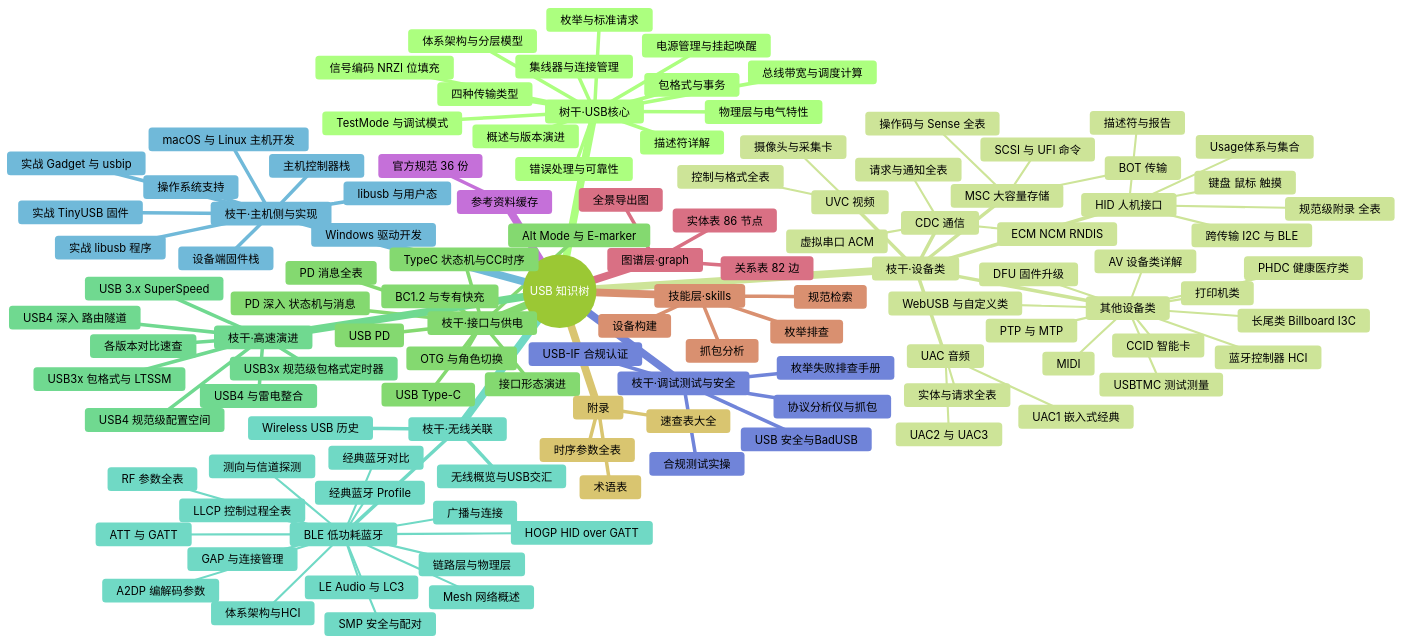
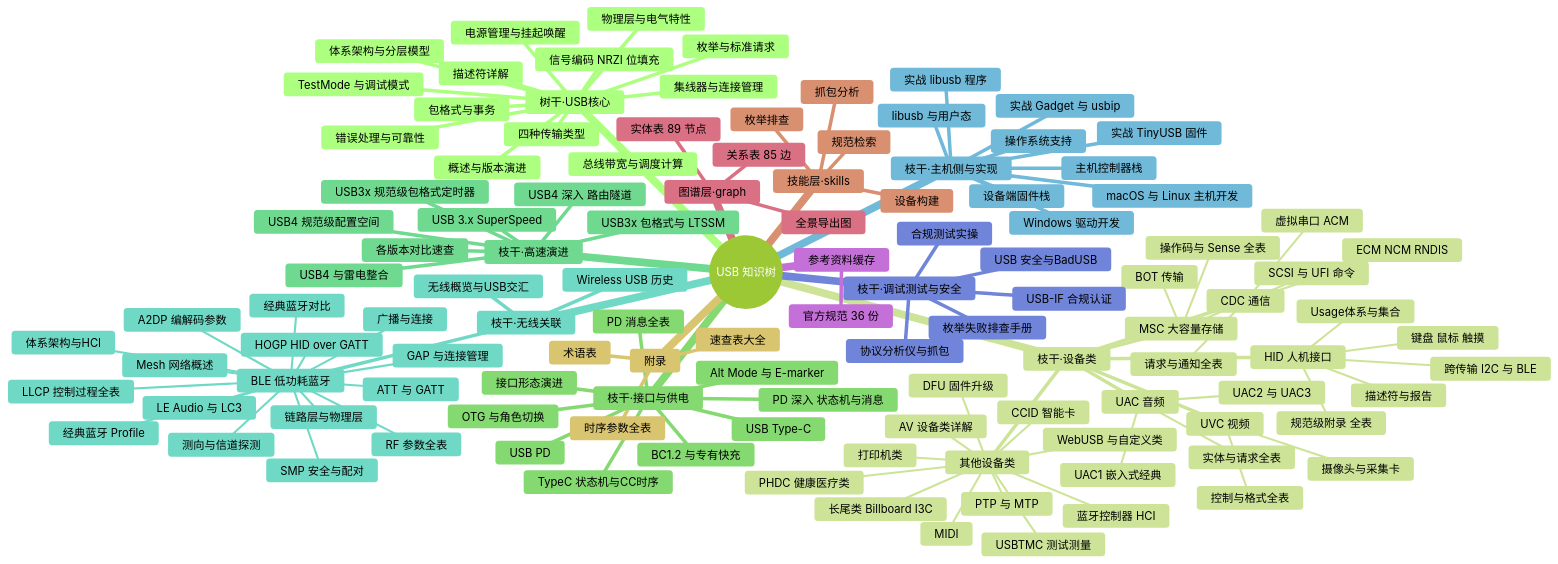
The first of 2 diagrams in 00-知识树总图.md (tangjianfang/USBTree), drawn with Mermaid (forest theme) before and after one commit. The commit also changed 4 other files, not shown here.

Commit message:
evolve #58: 图谱扩容 86→89 实体 / 82→85 边（DROM/Inter-Domain/SCPI）

```diff
--- a/00-知识树总图.md
+++ b/00-知识树总图.md
@@ -125,8 +125,8 @@
     参考资料缓存
       官方规范 36 份
     图谱层·graph
-      实体表 86 节点
-      关系表 82 边
+      实体表 89 节点
+      关系表 85 边
       全景导出图
     技能层·skills
       枚举排查
```
